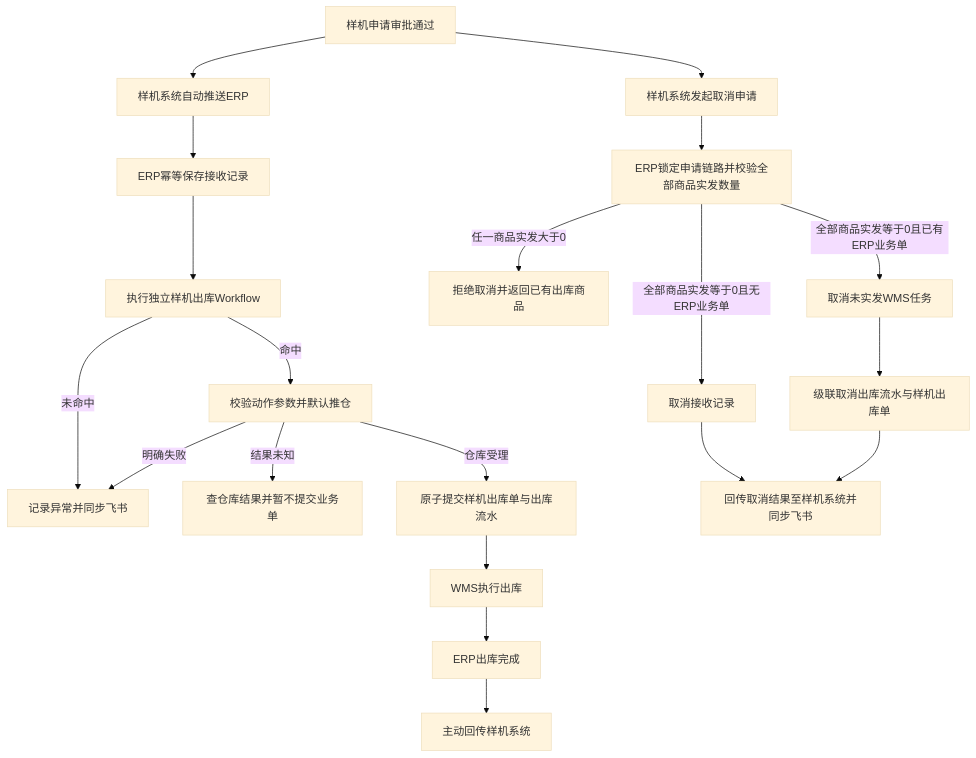
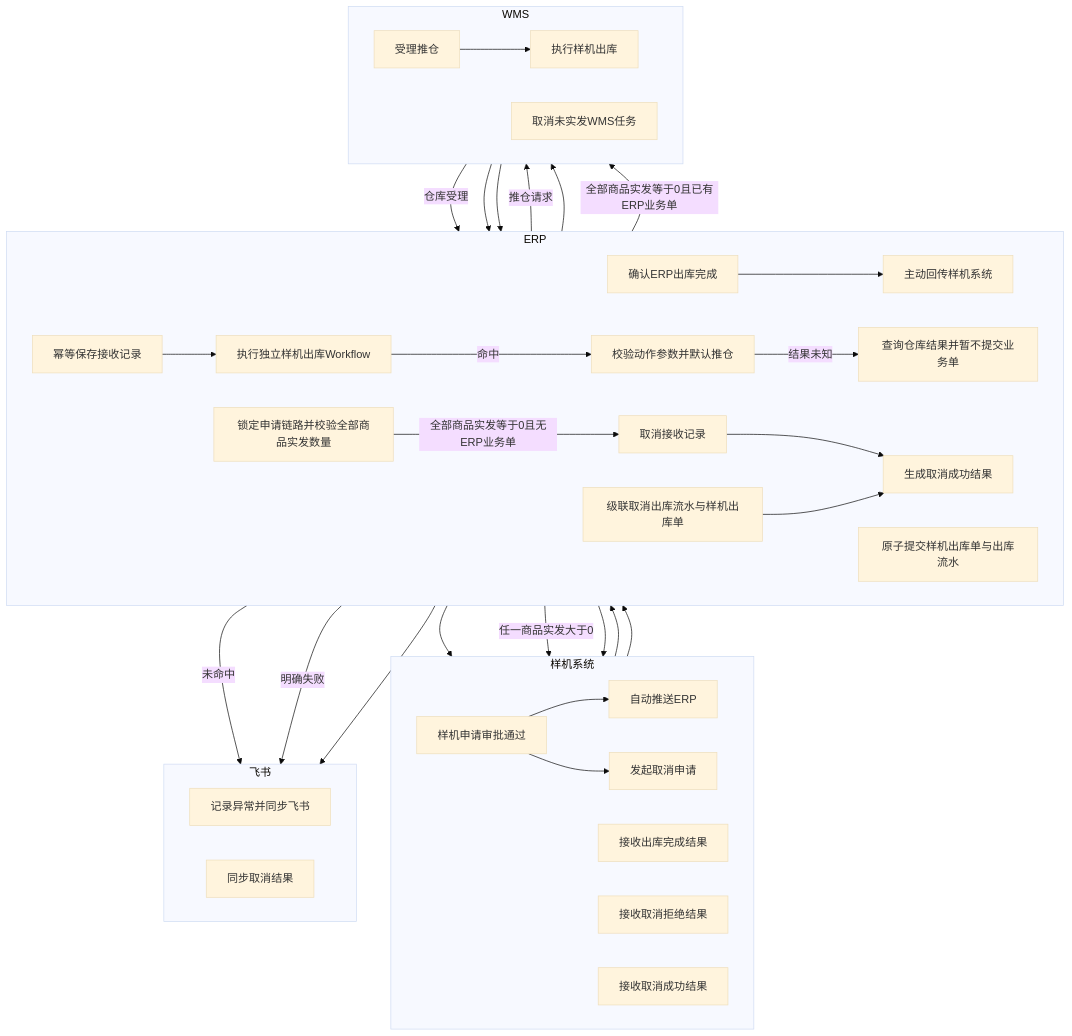
One commit to arlo-hello/erp-ai-docs-arlo changed the diagram in docs/v0.28.7/tasks/0208/product-plan.md. Above: the diagram before and after it, drawn with Mermaid (base theme).

Commit message:
docs: ERP-208 update slice plan

````diff
--- a/docs/v0.28.7/tasks/0208/product-plan.md
+++ b/docs/v0.28.7/tasks/0208/product-plan.md
@@ -45,22 +45,55 @@
 ```mermaid
-flowchart TD
-  A[样机申请审批通过] --> B[样机系统自动推送ERP]
-  B --> C[ERP幂等保存接收记录]
-  C --> D[执行独立样机出库Workflow]
-  D -->|未命中| X[记录异常并同步飞书]
-  D -->|命中| E[校验动作参数并默认推仓]
+flowchart TB
+  subgraph L1[样机系统]
+    direction LR
+    A[样机申请审批通过] --> B[自动推送ERP]
+    A --> J[发起取消申请]
+    I[接收出库完成结果]
+    L[接收取消拒绝结果]
+    Q[接收取消成功结果]
+  end
+
+  subgraph L2[ERP]
+    direction LR
+    C[幂等保存接收记录] --> D[执行独立样机出库Workflow]
+    D -->|命中| E[校验动作参数并默认推仓]
+    Y[查询仓库结果并暂不提交业务单]
+    F[原子提交样机出库单与出库流水]
+    H[确认ERP出库完成] --> R[主动回传样机系统]
+    K[锁定申请链路并校验全部商品实发数量]
+    M[取消接收记录]
+    O[级联取消出库流水与样机出库单]
+    P[生成取消成功结果]
+  end
+
+  subgraph L3[WMS]
+    direction LR
+    W1[受理推仓] --> G[执行样机出库]
+    N[取消未实发WMS任务]
+  end
+
+  subgraph L4[飞书]
+    direction LR
+    X[记录异常并同步飞书]
+    S[同步取消结果]
+  end
+
+  B --> C
+  D -->|未命中| X
   E -->|明确失败| X
-  E -->|结果未知| Y[查仓库结果并暂不提交业务单]
-  E -->|仓库受理| F[原子提交样机出库单与出库流水]
-  F --> G[WMS执行出库]
-  G --> H[ERP出库完成]
-  H --> I[主动回传样机系统]
-  A --> J[样机系统发起取消申请]
-  J --> K[ERP锁定申请链路并校验全部商品实发数量]
-  K -->|任一商品实发大于0| L[拒绝取消并返回已有出库商品]
-  K -->|全部商品实发等于0且无ERP业务单| M[取消接收记录]
-  K -->|全部商品实发等于0且已有ERP业务单| N[取消未实发WMS任务]
-  N --> O[级联取消出库流水与样机出库单]
-  M --> P[回传取消结果至样机系统并同步飞书]
+  E -->|结果未知| Y
+  E -->|推仓请求| W1
+  W1 -->|仓库受理| F
+  F --> G
+  G --> H
+  R --> I
+  J --> K
+  K -->|任一商品实发大于0| L
+  K -->|全部商品实发等于0且无ERP业务单| M
+  K -->|全部商品实发等于0且已有ERP业务单| N
+  N --> O
+  M --> P
   O --> P
+  P --> Q
+  P --> S
 ```
````
